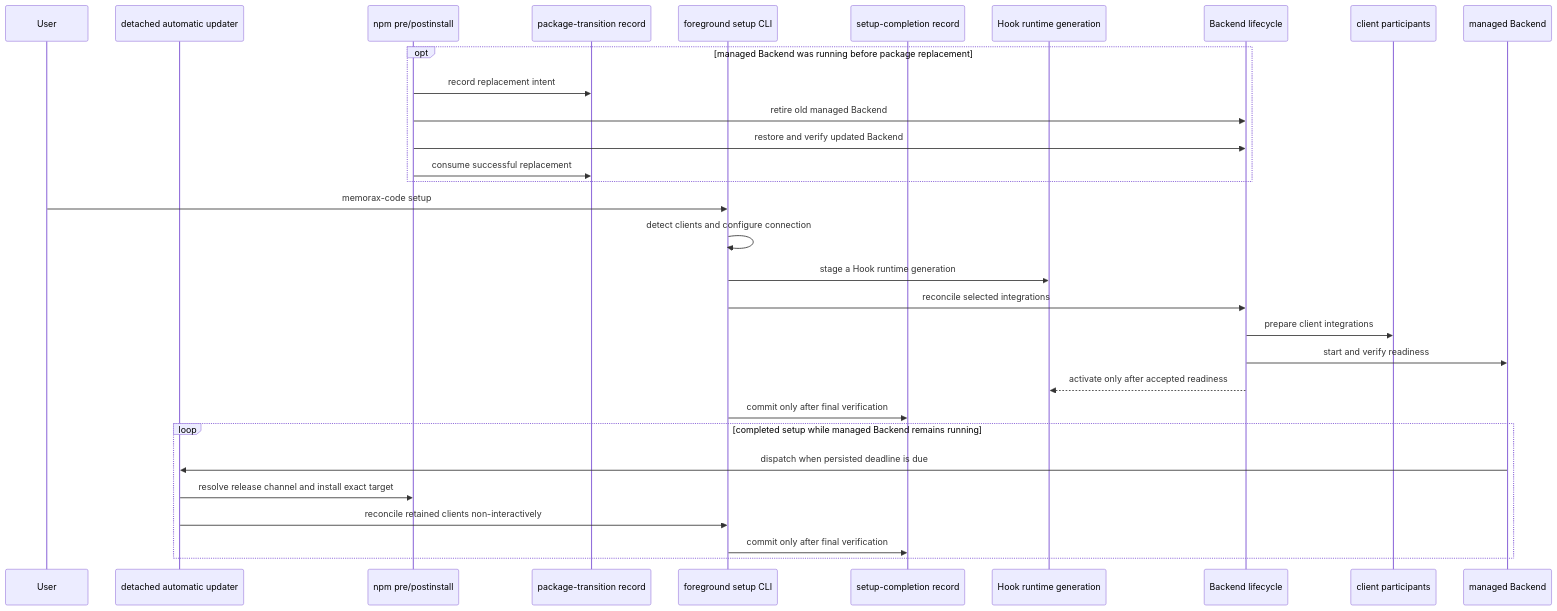
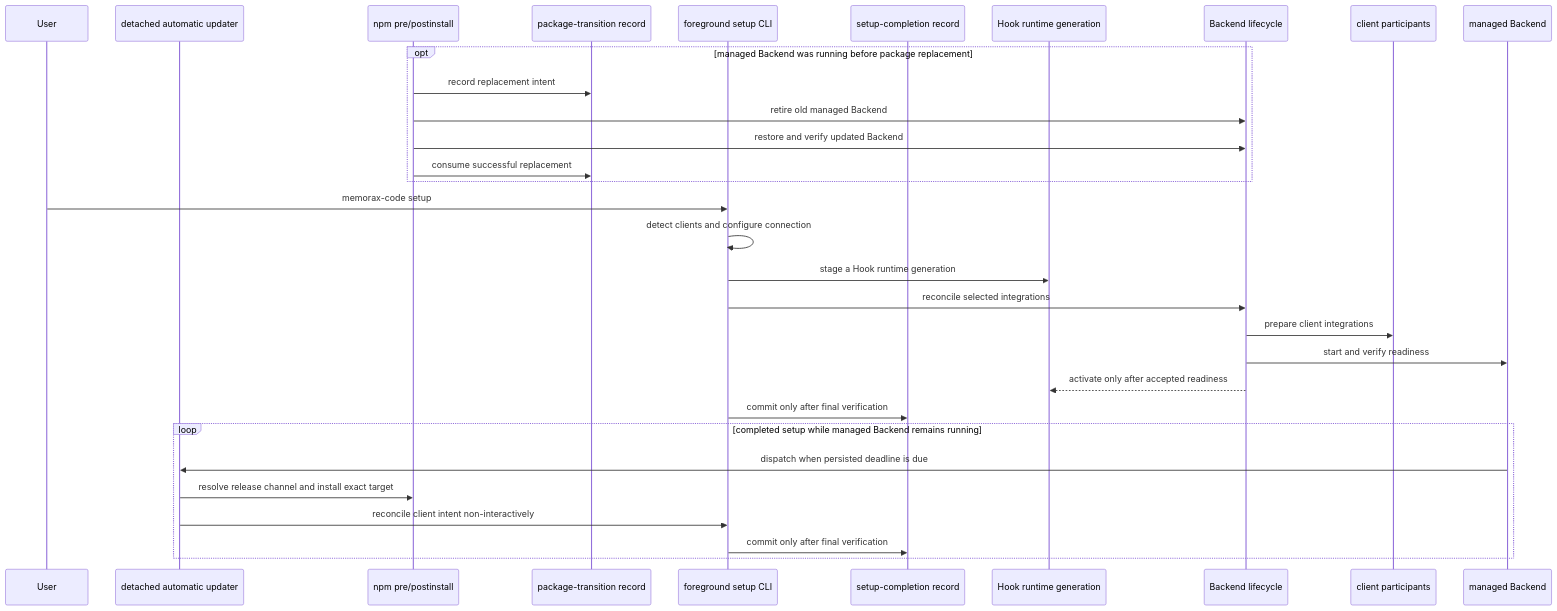
One commit to memorax-ai/memorax-code changed the second of 6 diagrams in ARCHITECTURE.md. Above: the diagram before and after it, drawn with Mermaid. The commit also changed other lines of this file and 5 other files, not shown here.

Commit message:
feat:(setup) enable newly supported clients on update

````diff
--- a/ARCHITECTURE.md
+++ b/ARCHITECTURE.md
@@ -156,34 +156,34 @@
 ```mermaid
 sequenceDiagram
   participant User
   participant Update as detached automatic updater
   participant NPM as npm pre/postinstall
   participant Transition as package-transition record
   participant Setup as foreground setup CLI
   participant Completion as setup-completion record
   participant Generation as Hook runtime generation
   participant Lifecycle as Backend lifecycle
   participant Participants as client participants
   participant Service as managed Backend
 
   opt managed Backend was running before package replacement
     NPM->>Transition: record replacement intent
     NPM->>Lifecycle: retire old managed Backend
     NPM->>Lifecycle: restore and verify updated Backend
     NPM->>Transition: consume successful replacement
   end
   User->>Setup: memorax-code setup
   Setup->>Setup: detect clients and configure connection
   Setup->>Generation: stage a Hook runtime generation
   Setup->>Lifecycle: reconcile selected integrations
   Lifecycle->>Participants: prepare client integrations
   Lifecycle->>Service: start and verify readiness
   Lifecycle-->>Generation: activate only after accepted readiness
   Setup->>Completion: commit only after final verification
   loop completed setup while managed Backend remains running
     Service->>Update: dispatch when persisted deadline is due
     Update->>NPM: resolve release channel and install exact target
-    Update->>Setup: reconcile retained clients non-interactively
+    Update->>Setup: reconcile client intent non-interactively
     Setup->>Completion: commit only after final verification
   end
 ```
````
